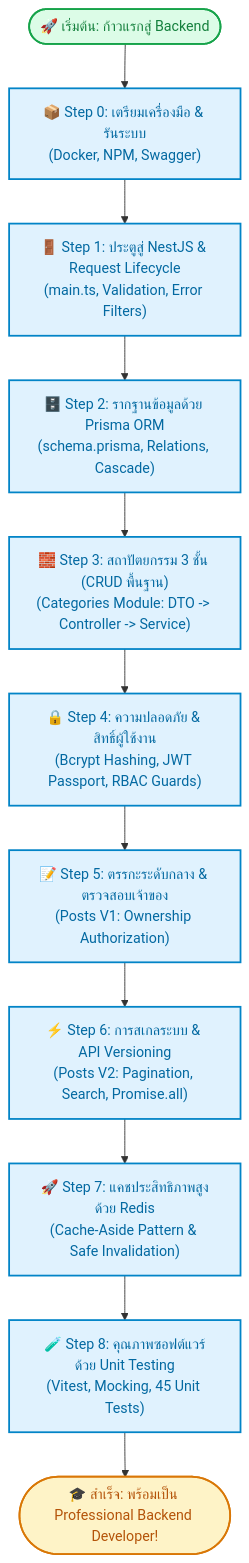
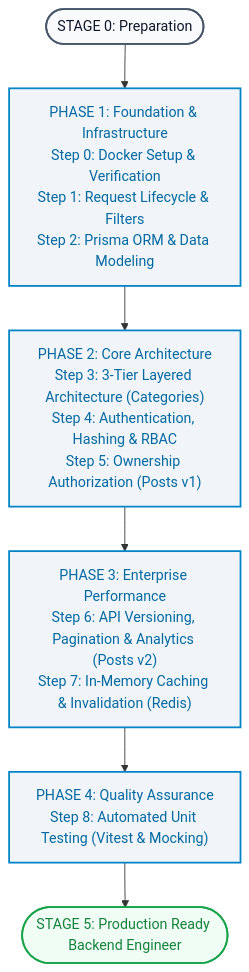
One commit to AranGit/nestjs-prisma-blog-api changed the diagram in docs/LEARNING_ROADMAP.md. Above: the diagram before and after it, drawn with Mermaid. The commit also changed other lines of this file and 2 other files, not shown here.

Commit message:
docs: transform all documentation into zero-emoji infographic style with enhanced diagrams and matrices

````diff
--- a/docs/LEARNING_ROADMAP.md
+++ b/docs/LEARNING_ROADMAP.md
@@ -8,21 +8,20 @@
 ```mermaid
 flowchart TD
-    Start([🚀 เริ่มต้น: ก้าวแรกสู่ Backend]) --> Step0["📦 Step 0: เตรียมเครื่องมือ & รันระบบ\n(Docker, NPM, Swagger)"]
-    Step0 --> Step1["🚪 Step 1: ประตูสู่ NestJS & Request Lifecycle\n(main.ts, Validation, Error Filters)"]
-    Step1 --> Step2["🗄️ Step 2: รากฐานข้อมูลด้วย Prisma ORM\n(schema.prisma, Relations, Cascade)"]
-    Step2 --> Step3["🧱 Step 3: สถาปัตยกรรม 3 ชั้น (CRUD พื้นฐาน)\n(Categories Module: DTO -> Controller -> Service)"]
-    Step3 --> Step4["🔒 Step 4: ความปลอดภัย & สิทธิ์ผู้ใช้งาน\n(Bcrypt Hashing, JWT Passport, RBAC Guards)"]
-    Step4 --> Step5["📝 Step 5: ตรรกะระดับกลาง & ตรวจสอบเจ้าของ\n(Posts V1: Ownership Authorization)"]
-    Step5 --> Step6["⚡ Step 6: การสเกลระบบ & API Versioning\n(Posts V2: Pagination, Search, Promise.all)"]
-    Step6 --> Step7["🚀 Step 7: แคชประสิทธิภาพสูงด้วย Redis\n(Cache-Aside Pattern & Safe Invalidation)"]
-    Step7 --> Step8["🧪 Step 8: คุณภาพซอฟต์แวร์ด้วย Unit Testing\n(Vitest, Mocking, 45 Unit Tests)"]
-    Step8 --> Finish([🎓 สำเร็จ: พร้อมเป็น Professional Backend Developer!])
+    Start([STAGE 0: Preparation]) --> P1["PHASE 1: Foundation & Infrastructure\nStep 0: Docker Setup & Verification\nStep 1: Request Lifecycle & Filters\nStep 2: Prisma ORM & Data Modeling"]
+    
+    P1 --> P2["PHASE 2: Core Architecture\nStep 3: 3-Tier Layered Architecture (Categories)\nStep 4: Authentication, Hashing & RBAC\nStep 5: Ownership Authorization (Posts v1)"]
+    
+    P2 --> P3["PHASE 3: Enterprise Performance\nStep 6: API Versioning, Pagination & Analytics (Posts v2)\nStep 7: In-Memory Caching & Invalidation (Redis)"]
+    
+    P3 --> P4["PHASE 4: Quality Assurance\nStep 8: Automated Unit Testing (Vitest & Mocking)"]
+    
+    P4 --> Finish([STAGE 5: Production Ready Backend Engineer])
 
-    classDef stepNode fill:#e0f2fe,stroke:#0284c7,stroke-width:2px,color:#0369a1;
-    classDef startNode fill:#dcfce7,stroke:#16a34a,stroke-width:2px,color:#15803d;
-    classDef finishNode fill:#fef3c7,stroke:#d97706,stroke-width:2px,color:#b45309;
+    classDef stageNode fill:#f8fafc,stroke:#475569,stroke-width:2px,color:#0f172a;
+    classDef phaseNode fill:#f1f5f9,stroke:#0284c7,stroke-width:2px,color:#0369a1;
+    classDef finishNode fill:#f0fdf4,stroke:#16a34a,stroke-width:2px,color:#15803d;
 
-    class Start startNode;
+    class Start stageNode;
     class Finish finishNode;
-    class Step0,Step1,Step2,Step3,Step4,Step5,Step6,Step7,Step8 stepNode;
+    class P1,P2,P3,P4 phaseNode;
 ```
````
